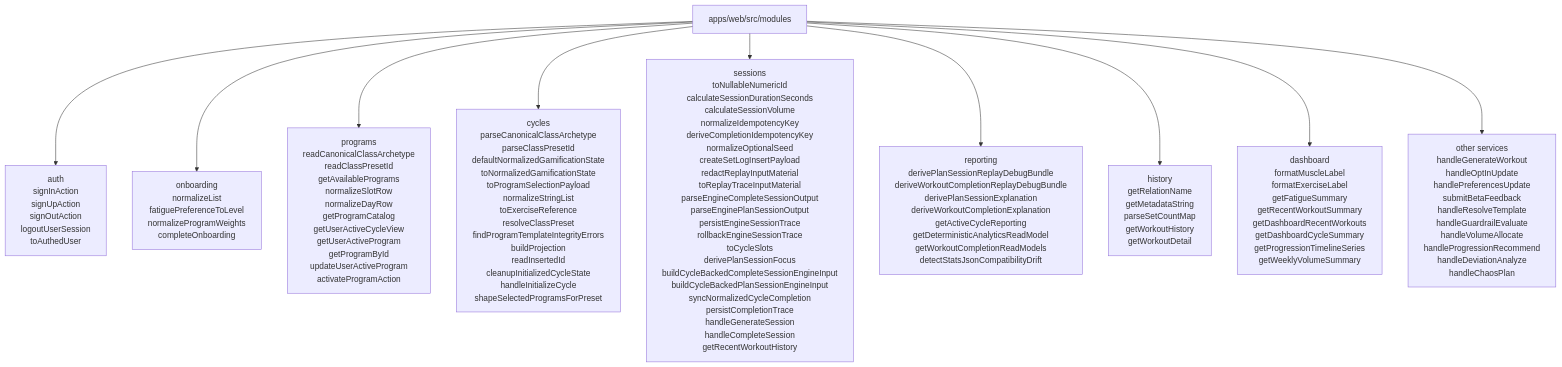
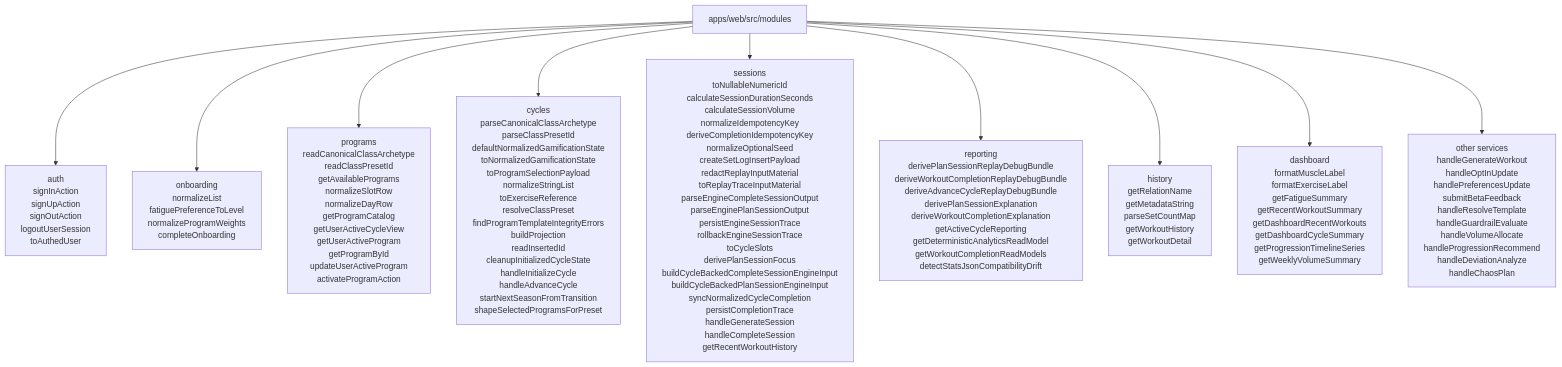
One commit to manjuyod/adaptabuddy_v2 changed the third of 5 diagrams in docs/mermaid/runtime-function-surface.md. Above: the diagram before and after it, drawn with Mermaid. The commit also changed other lines of this file and 6 other files, not shown here.

Commit message:
mermaid update

````diff
--- a/docs/mermaid/runtime-function-surface.md
+++ b/docs/mermaid/runtime-function-surface.md
@@ -39,13 +40,13 @@
 ```mermaid
 flowchart TB
   Modules["apps/web/src/modules"]
   Modules --> AuthModule["auth<br/>signInAction<br/>signUpAction<br/>signOutAction<br/>logoutUserSession<br/>toAuthedUser"]
   Modules --> OnboardingModule["onboarding<br/>normalizeList<br/>fatiguePreferenceToLevel<br/>normalizeProgramWeights<br/>completeOnboarding"]
   Modules --> ProgramModule["programs<br/>readCanonicalClassArchetype<br/>readClassPresetId<br/>getAvailablePrograms<br/>normalizeSlotRow<br/>normalizeDayRow<br/>getProgramCatalog<br/>getUserActiveCycleView<br/>getUserActiveProgram<br/>getProgramById<br/>updateUserActiveProgram<br/>activateProgramAction"]
-  Modules --> CycleModule["cycles<br/>parseCanonicalClassArchetype<br/>parseClassPresetId<br/>defaultNormalizedGamificationState<br/>toNormalizedGamificationState<br/>toProgramSelectionPayload<br/>normalizeStringList<br/>toExerciseReference<br/>resolveClassPreset<br/>findProgramTemplateIntegrityErrors<br/>buildProjection<br/>readInsertedId<br/>cleanupInitializedCycleState<br/>handleInitializeCycle<br/>shapeSelectedProgramsForPreset"]
+  Modules --> CycleModule["cycles<br/>parseCanonicalClassArchetype<br/>parseClassPresetId<br/>defaultNormalizedGamificationState<br/>toNormalizedGamificationState<br/>toProgramSelectionPayload<br/>normalizeStringList<br/>toExerciseReference<br/>resolveClassPreset<br/>findProgramTemplateIntegrityErrors<br/>buildProjection<br/>readInsertedId<br/>cleanupInitializedCycleState<br/>handleInitializeCycle<br/>handleAdvanceCycle<br/>startNextSeasonFromTransition<br/>shapeSelectedProgramsForPreset"]
   Modules --> SessionModule["sessions<br/>toNullableNumericId<br/>calculateSessionDurationSeconds<br/>calculateSessionVolume<br/>normalizeIdempotencyKey<br/>deriveCompletionIdempotencyKey<br/>normalizeOptionalSeed<br/>createSetLogInsertPayload<br/>redactReplayInputMaterial<br/>toReplayTraceInputMaterial<br/>parseEngineCompleteSessionOutput<br/>parseEnginePlanSessionOutput<br/>persistEngineSessionTrace<br/>rollbackEngineSessionTrace<br/>toCycleSlots<br/>derivePlanSessionFocus<br/>buildCycleBackedCompleteSessionEngineInput<br/>buildCycleBackedPlanSessionEngineInput<br/>syncNormalizedCycleCompletion<br/>persistCompletionTrace<br/>handleGenerateSession<br/>handleCompleteSession<br/>getRecentWorkoutHistory"]
-  Modules --> ReportingModule["reporting<br/>derivePlanSessionReplayDebugBundle<br/>deriveWorkoutCompletionReplayDebugBundle<br/>derivePlanSessionExplanation<br/>deriveWorkoutCompletionExplanation<br/>getActiveCycleReporting<br/>getDeterministicAnalyticsReadModel<br/>getWorkoutCompletionReadModels<br/>detectStatsJsonCompatibilityDrift"]
+  Modules --> ReportingModule["reporting<br/>derivePlanSessionReplayDebugBundle<br/>deriveWorkoutCompletionReplayDebugBundle<br/>deriveAdvanceCycleReplayDebugBundle<br/>derivePlanSessionExplanation<br/>deriveWorkoutCompletionExplanation<br/>getActiveCycleReporting<br/>getDeterministicAnalyticsReadModel<br/>getWorkoutCompletionReadModels<br/>detectStatsJsonCompatibilityDrift"]
   Modules --> HistoryModule["history<br/>getRelationName<br/>getMetadataString<br/>parseSetCountMap<br/>getWorkoutHistory<br/>getWorkoutDetail"]
   Modules --> DashboardModule["dashboard<br/>formatMuscleLabel<br/>formatExerciseLabel<br/>getFatigueSummary<br/>getRecentWorkoutSummary<br/>getDashboardRecentWorkouts<br/>getDashboardCycleSummary<br/>getProgressionTimelineSeries<br/>getWeeklyVolumeSummary"]
   Modules --> OtherServices["other services<br/>handleGenerateWorkout<br/>handleOptInUpdate<br/>handlePreferencesUpdate<br/>submitBetaFeedback<br/>handleResolveTemplate<br/>handleGuardrailEvaluate<br/>handleVolumeAllocate<br/>handleProgressionRecommend<br/>handleDeviationAnalyze<br/>handleChaosPlan"]
 ```
````
